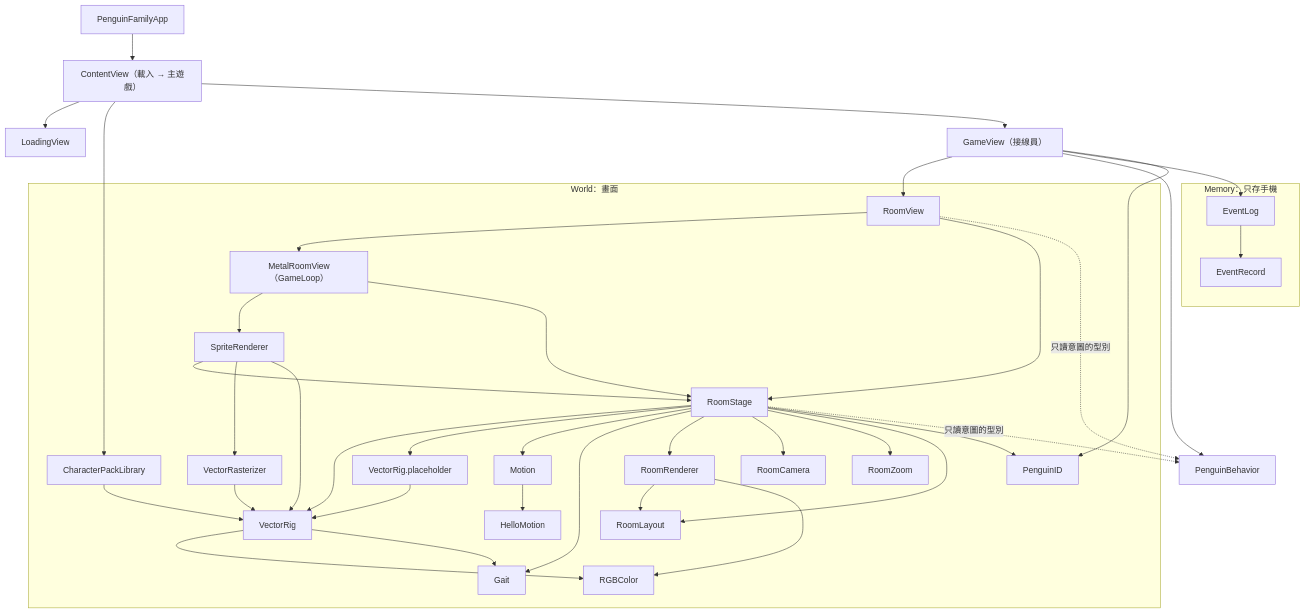
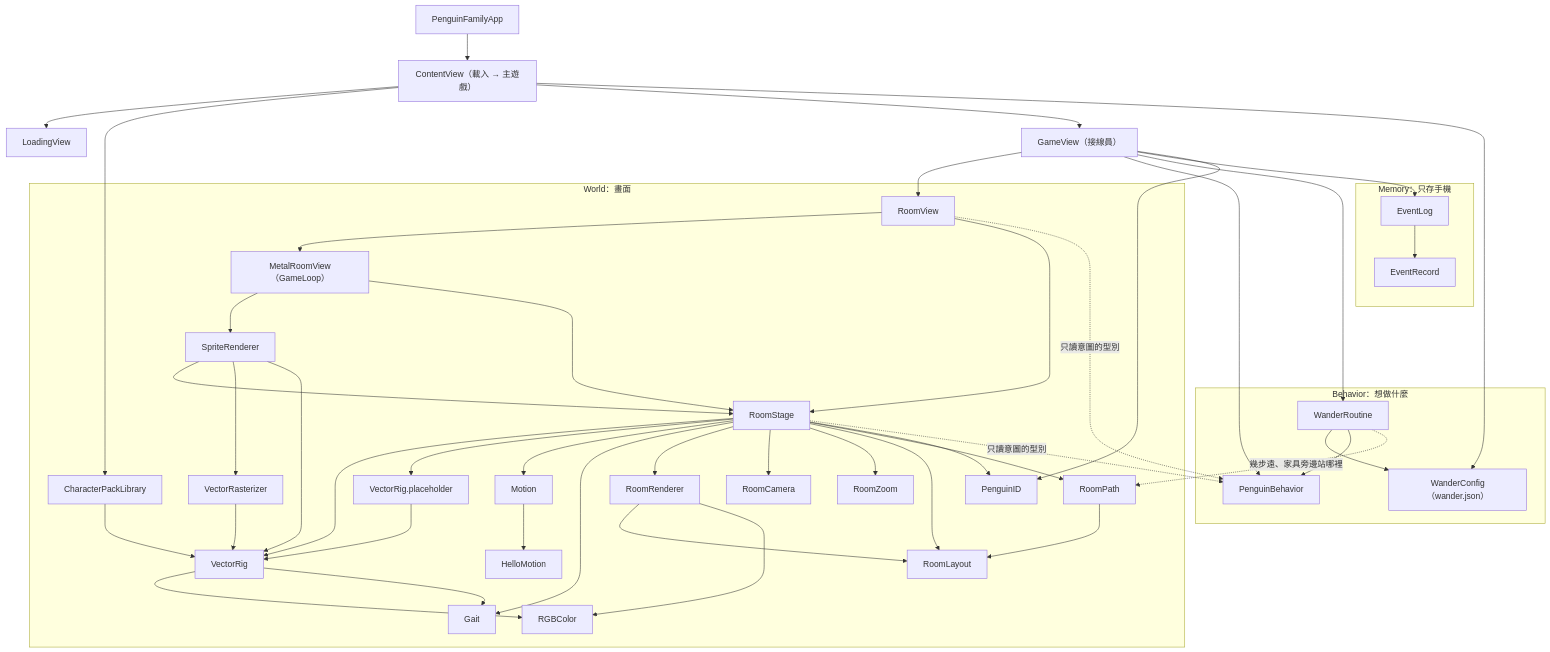
The first of 5 diagrams in docs/code-map.md (CBHeng/penguin-family), drawn with Mermaid before and after one commit. The commit also changed other lines of this file and 20 other files, not shown here.

````diff
--- a/docs/code-map.md
+++ b/docs/code-map.md
@@ -118,45 +122,55 @@
 ```mermaid
 flowchart TD
     App["PenguinFamilyApp"] --> Content["ContentView（載入 → 主遊戲）"]
     Content --> Loading["LoadingView"]
     Content --> Library["CharacterPackLibrary"]
     Content --> Game["GameView（接線員）"]
+    Content --> WConfig
     Game --> Room["RoomView"]
     Game --> Behavior["PenguinBehavior"]
+    Game --> Wander["WanderRoutine"]
     Game --> Log["EventLog"]
     Game --> ID
 
     subgraph World["World：畫面"]
         Library --> VRig["VectorRig"]
         Room --> Metal["MetalRoomView（GameLoop）"]
         Room --> Stage["RoomStage"]
         Metal --> Renderer["SpriteRenderer"]
         Metal --> Stage
         Renderer --> Stage
         Renderer --> Raster["VectorRasterizer"]
         Renderer --> VRig
         Raster --> VRig
         Stage --> VRig
         Stage --> Placeholder["VectorRig.placeholder"]
         Stage --> Motion["Motion"]
         Stage --> Gait["Gait"]
         Stage --> RoomRenderer["RoomRenderer"]
         Stage --> Camera["RoomCamera"]
         Stage --> Zoom["RoomZoom"]
         Stage --> Layout["RoomLayout"]
+        Stage --> Path["RoomPath"]
+        Path --> Layout
         Stage --> ID["PenguinID"]
         RoomRenderer --> Layout
         RoomRenderer --> Color["RGBColor"]
         VRig --> Color
         VRig --> Gait
         Placeholder --> VRig
         Motion --> Hello["HelloMotion"]
     end
 
+    subgraph BehaviorLayer["Behavior：想做什麼"]
+        Wander --> WConfig["WanderConfig（wander.json）"]
+        Wander --> Behavior
+    end
+
     subgraph Memory["Memory：只存手機"]
         Log --> Record["EventRecord"]
     end
 
     Room -. "只讀意圖的型別" .-> Behavior
     Stage -. "只讀意圖的型別" .-> Behavior
+    Wander -. "幾步遠、家具旁邊站哪裡" .-> Path
 ```
````
